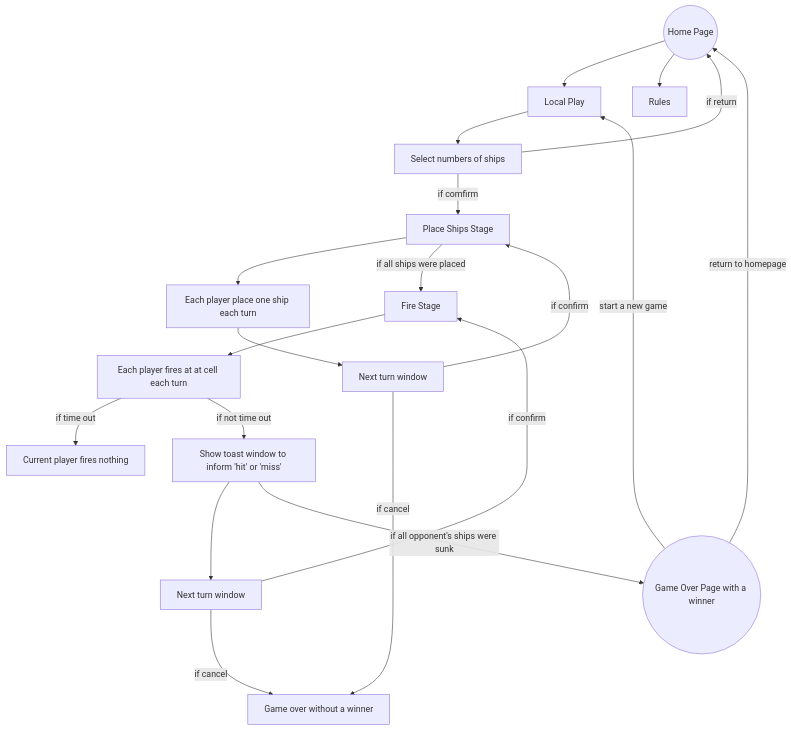
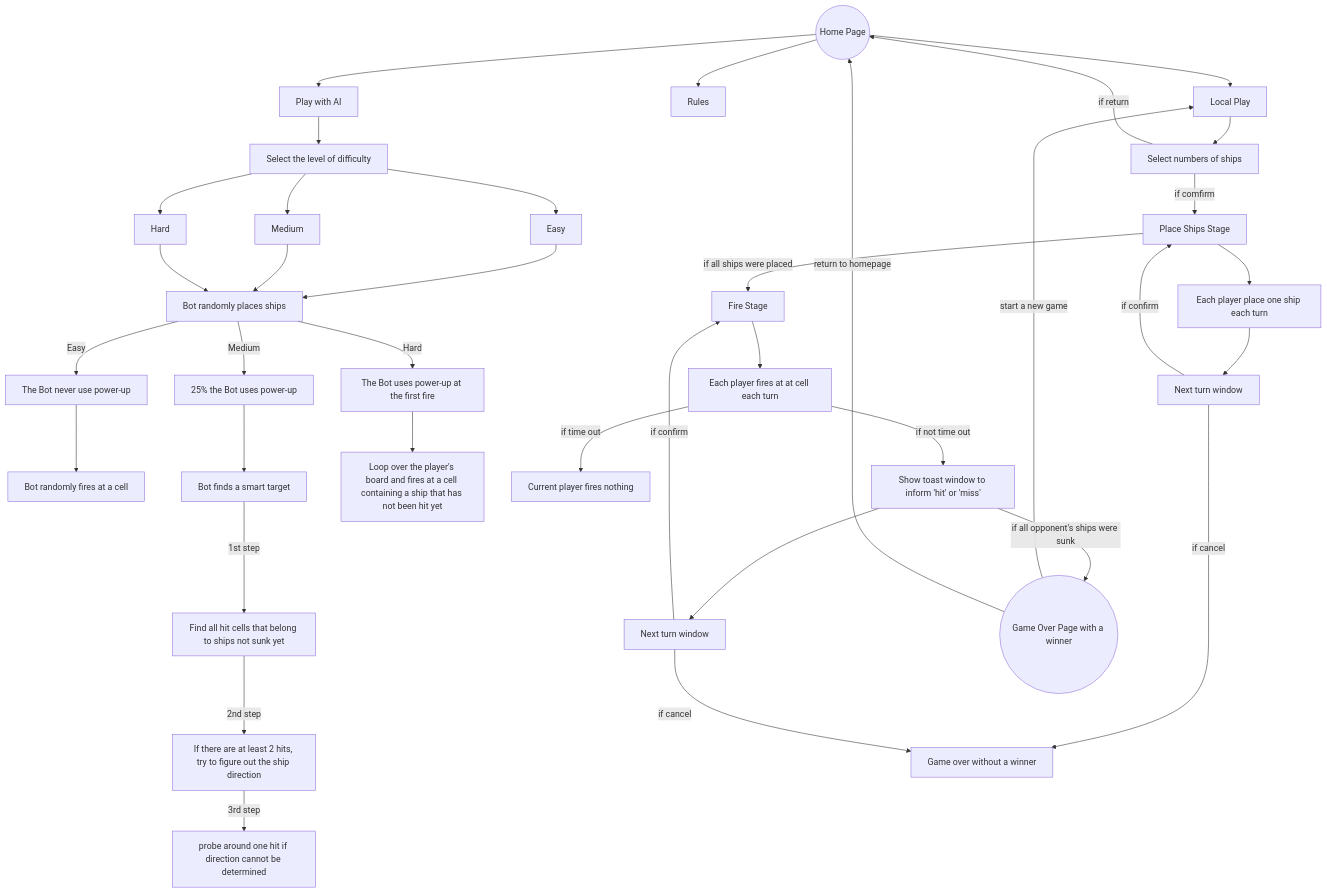
The diagram in assets/flowControlChart.md (Brendan-Coughlan/battleship), drawn with Mermaid before and after one commit. The commit also changed 1 other file, not shown here.

Commit message:
updated flowControlChart.md with AI logic

````diff
--- a/assets/flowControlChart.md
+++ b/assets/flowControlChart.md
@@ -1,21 +1,35 @@
 ```mermaid
 graph TD
 start((Home Page)) --> localPlay[Local Play]
 start((Home Page)) --> rules[Rules]
+start --> playWithAI[Play with AI]
+playWithAI --> selDifficulty[Select the level of difficulty]
+selDifficulty --> esay[Easy]
+selDifficulty --> medium[Medium]
+selDifficulty --> hard[Hard]
+esay --> randomPlace[Bot randomly places ships]
+medium --> randomPlace
+hard --> randomPlace
+randomPlace -- Easy --> esayPowerup[The Bot never use power-up] --> randomFires[Bot randomly fires at a cell]
+randomPlace -- Medium --> mediumPowerup[25% the Bot uses power-up] --> smartTarget[Bot finds a smart target]
+smartTarget -- 1st step --> allHitCells[Find all hit cells that belong to ships not sunk yet]
+allHitCells -- 2nd step --> figureShipDirection[If there are at least 2 hits, try to figure out the ship direction]
+figureShipDirection -- 3rd step --> getNextBestCell[probe around one hit if direction cannot be determined]
+randomPlace -- Hard --> hardPowerup[The Bot uses power-up at the first fire] --> botCheat[Loop over the player's board and fires at a cell containing a ship that has not been hit yet]
 localPlay --> numSel[Select numbers of ships]
 numSel -- if return --> start
 numSel -- if comfirm --> placeShips[Place Ships Stage]
 placeShips --> playerPlaceShips[Each player place one ship each turn] --> nextTurnWindow[Next turn window]
 nextTurnWindow -- if confirm --> placeShips
 nextTurnWindow -- if cancel --> gameOverNoWinner[Game over without a winner]
 placeShips -- if all ships were placed --> fireStage[Fire Stage]
 fireStage --> playerFires[Each player fires at at cell each turn]
 playerFires -- if time out --> firesNothing[Current player fires nothing]
 playerFires -- if not time out --> toastWindow["Show toast window to inform 'hit' or 'miss'"]
 toastWindow --> nextTurnWindowAtFire[Next turn window]
 nextTurnWindowAtFire -- if cancel --> gameOverNoWinner
 nextTurnWindowAtFire -- if confirm --> fireStage
 toastWindow -- if all opponent's ships were sunk --> terminate((Game Over Page with a winner))
 terminate -- start a new game --> localPlay
 terminate -- return to homepage --> start
 ```
````
